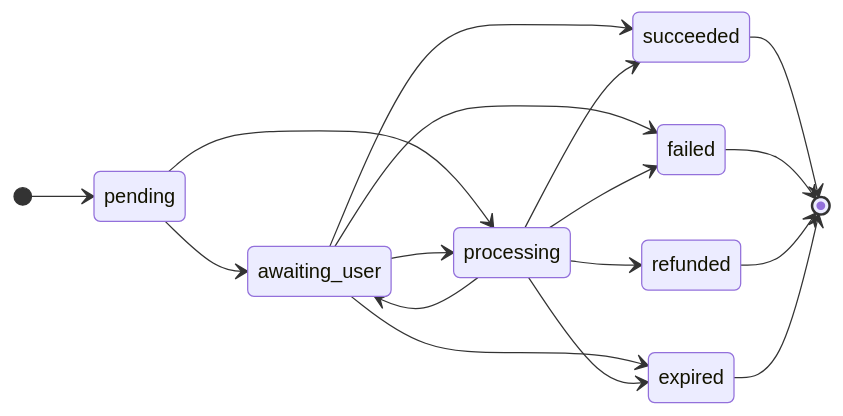
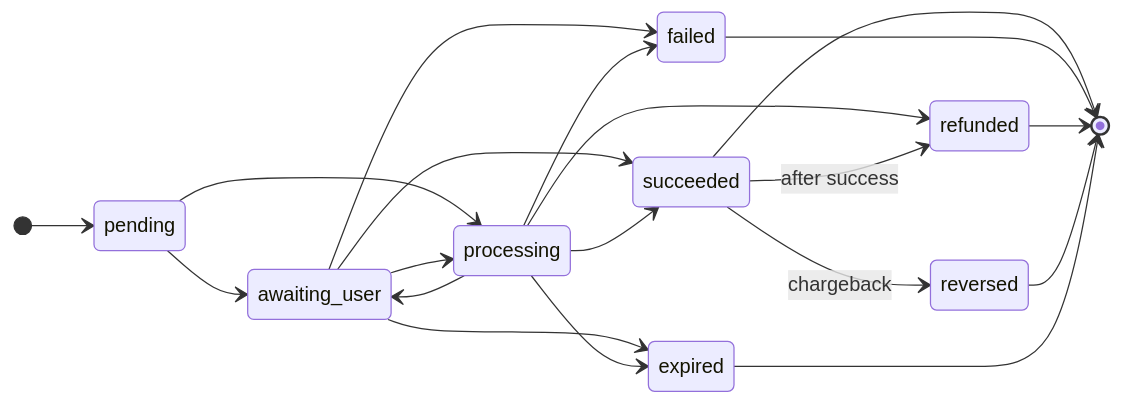
Before and after one commit to yosriady/openrampkit: the second of 2 diagrams in docs/concepts/flow.md, drawn with Mermaid. The commit also changed other lines of this file and 35 other files, not shown here.

First line of the commit message:
Server: refunds and chargebacks after success reverse the session

````diff
--- a/docs/concepts/flow.md
+++ b/docs/concepts/flow.md
@@ -114,20 +117,23 @@
 ```mermaid
 stateDiagram-v2
   direction LR
   [*] --> pending
   pending --> awaiting_user
   pending --> processing
   awaiting_user --> processing
   processing --> awaiting_user
   awaiting_user --> succeeded
   processing --> succeeded
   awaiting_user --> failed
   processing --> failed
   processing --> refunded
   awaiting_user --> expired
   processing --> expired
+  succeeded --> refunded: after success
+  succeeded --> reversed: chargeback
   succeeded --> [*]
   failed --> [*]
   refunded --> [*]
+  reversed --> [*]
   expired --> [*]
 ```
````
